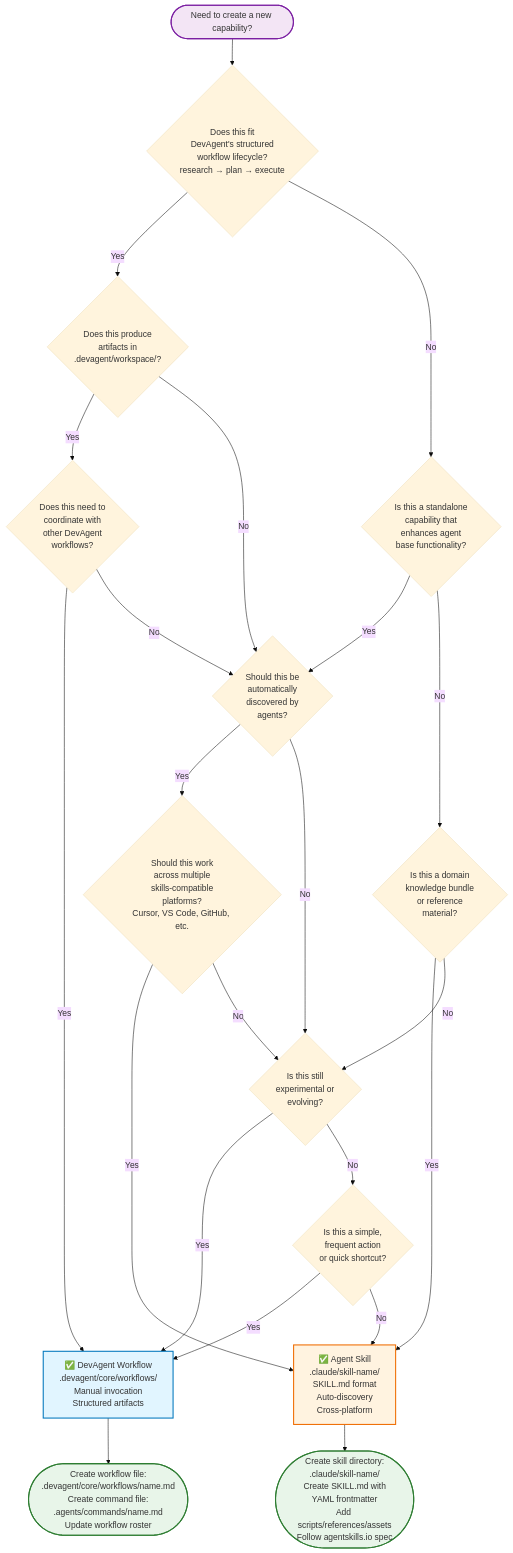
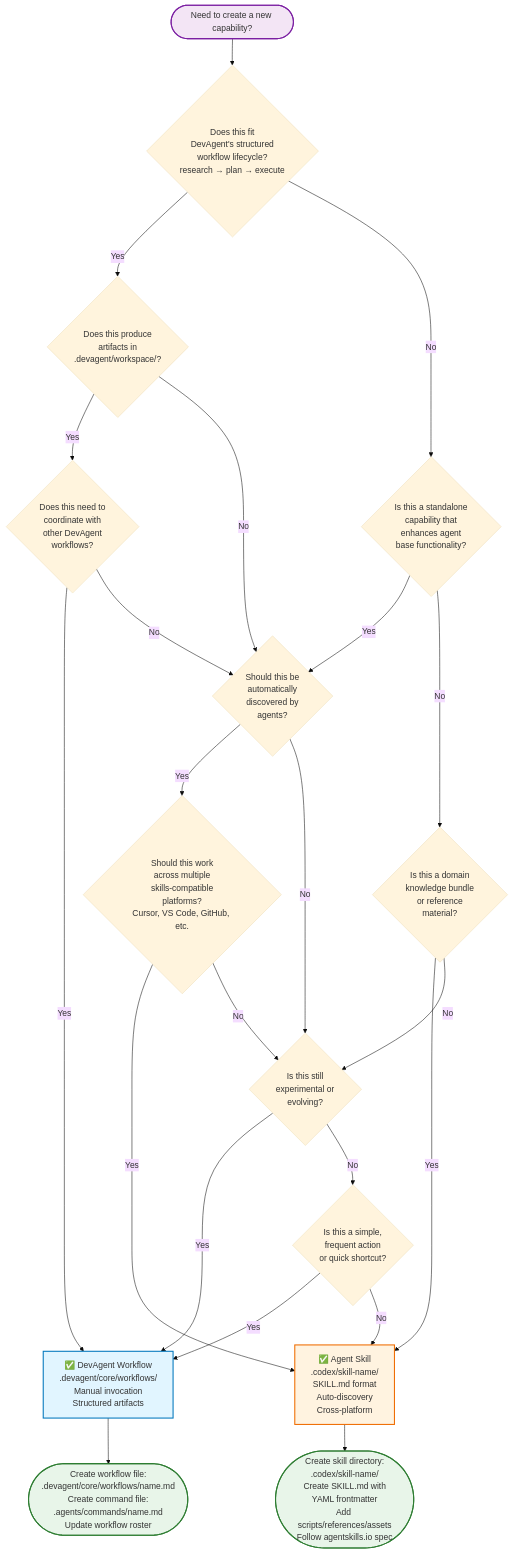
Before and after one commit to lambda-curry/devagent: the first of 2 diagrams in .devagent/workspace/research/2025-12-25_workflow-vs-skill-decision-tree.md, drawn with Mermaid (base theme). The commit also changed 27 other files, not shown here.

Commit message:
Refactor: Rename .claude/skills to .codex/skills

````diff
--- a/.devagent/workspace/research/2025-12-25_workflow-vs-skill-decision-tree.md
+++ b/.devagent/workspace/research/2025-12-25_workflow-vs-skill-decision-tree.md
@@ -7,41 +7,41 @@
 ```mermaid
 flowchart TD
     Start([Need to create a new capability?]) --> Q1{Does this fit<br/>DevAgent's structured<br/>workflow lifecycle?<br/>research → plan → execute}
     
     Q1 -->|Yes| Q2{Does this produce<br/>artifacts in<br/>.devagent/workspace/?}
     Q1 -->|No| Q6{Is this a standalone<br/>capability that<br/>enhances agent<br/>base functionality?}
     
     Q2 -->|Yes| Q3{Does this need to<br/>coordinate with<br/>other DevAgent<br/>workflows?}
     Q2 -->|No| Q7{Should this be<br/>automatically<br/>discovered by<br/>agents?}
     
     Q3 -->|Yes| Workflow[✅ DevAgent Workflow<br/>.devagent/core/workflows/<br/>Manual invocation<br/>Structured artifacts]
     Q3 -->|No| Q7
     
     Q6 -->|Yes| Q7
     Q6 -->|No| Q8{Is this a domain<br/>knowledge bundle<br/>or reference<br/>material?}
     
     Q7 -->|Yes| Q9{Should this work<br/>across multiple<br/>skills-compatible<br/>platforms?<br/>Cursor, VS Code, GitHub, etc.}
     Q7 -->|No| Q10{Is this still<br/>experimental or<br/>evolving?}
     
-    Q8 -->|Yes| Skill[✅ Agent Skill<br/>.claude/skill-name/<br/>SKILL.md format<br/>Auto-discovery<br/>Cross-platform]
+    Q8 -->|Yes| Skill[✅ Agent Skill<br/>.codex/skill-name/<br/>SKILL.md format<br/>Auto-discovery<br/>Cross-platform]
     Q8 -->|No| Q10
     
     Q9 -->|Yes| Skill
     Q9 -->|No| Q10
     
     Q10 -->|Yes| Workflow
     Q10 -->|No| Q11{Is this a simple,<br/>frequent action<br/>or quick shortcut?}
     
     Q11 -->|Yes| Workflow
     Q11 -->|No| Skill
     
     Workflow --> End1([Create workflow file:<br/>.devagent/core/workflows/name.md<br/>Create command file:<br/>.agents/commands/name.md<br/>Update workflow roster])
     
-    Skill --> End2([Create skill directory:<br/>.claude/skill-name/<br/>Create SKILL.md with<br/>YAML frontmatter<br/>Add scripts/references/assets<br/>Follow agentskills.io spec])
+    Skill --> End2([Create skill directory:<br/>.codex/skill-name/<br/>Create SKILL.md with<br/>YAML frontmatter<br/>Add scripts/references/assets<br/>Follow agentskills.io spec])
     
     style Workflow fill:#e1f5ff,stroke:#0277bd,stroke-width:2px
     style Skill fill:#fff3e0,stroke:#ef6c00,stroke-width:2px
     style Start fill:#f3e5f5,stroke:#7b1fa2,stroke-width:2px
     style End1 fill:#e8f5e9,stroke:#2e7d32,stroke-width:2px
     style End2 fill:#e8f5e9,stroke:#2e7d32,stroke-width:2px
 ```
````
